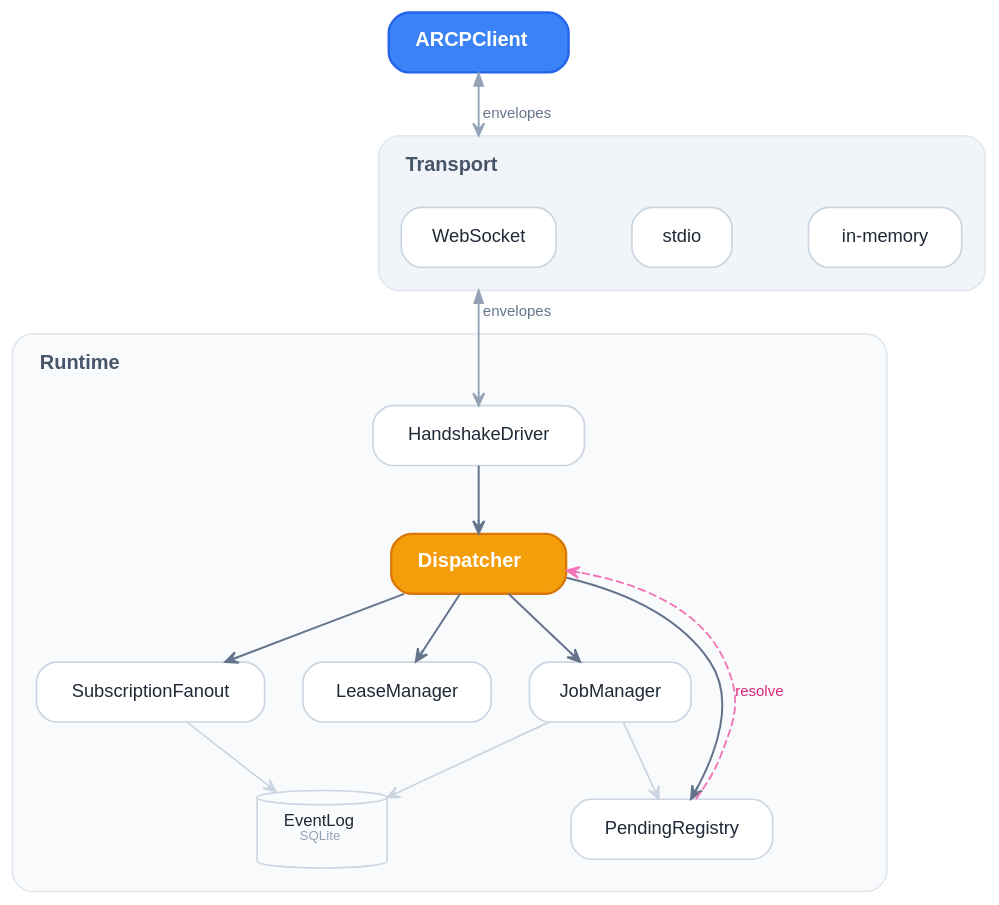
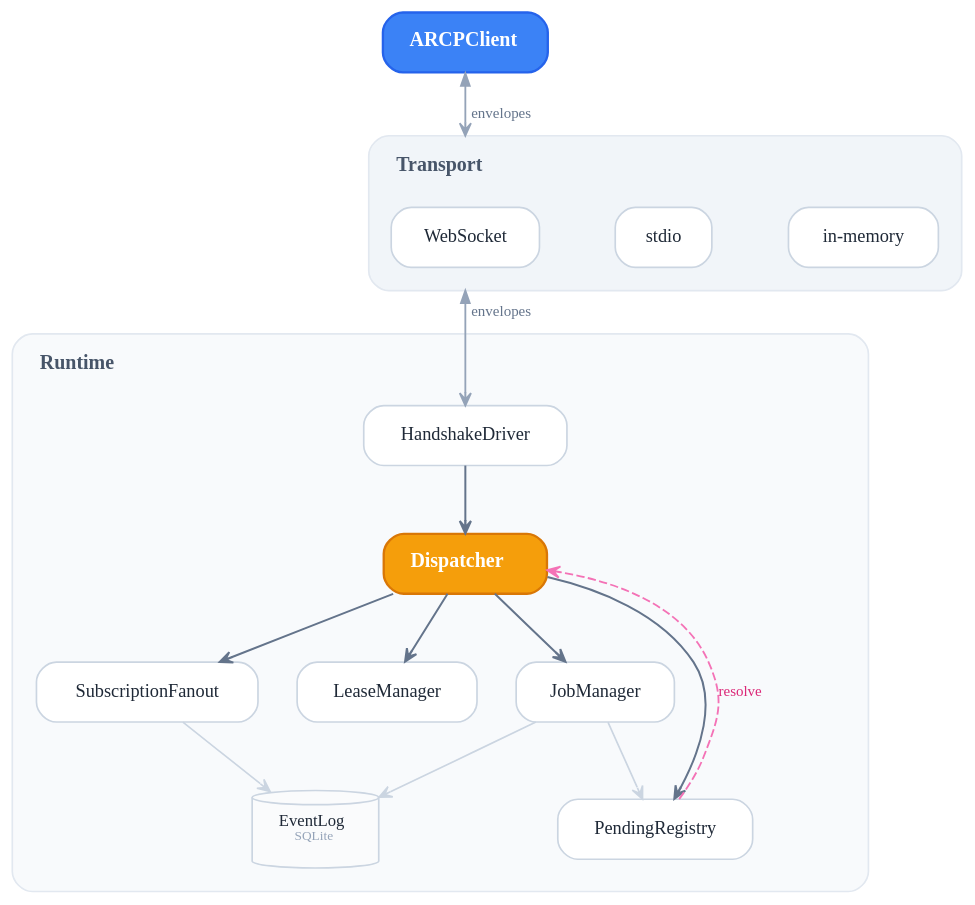
The diagram in docs/diagrams/arch-overview-light.dot (agentruntimecontrolprotocol/python-sdk), drawn with Graphviz before and after one commit. The commit also changed 28 other files, not shown here.

First line of the commit message:
Harmonize Graphviz diagrams with the ARCP design system

```diff
--- a/docs/diagrams/arch-overview-light.dot
+++ b/docs/diagrams/arch-overview-light.dot
@@ -1,108 +1,108 @@
 digraph ArchOverview {
   rankdir=TB;
   bgcolor="transparent";
   compound=true;
-  fontname="Helvetica";
+  fontname="TT Commons Pro Trial";
   splines=spline;
   nodesep=0.32;
   ranksep=0.55;
   pad="0.35,0.25";
 
   node [
     shape=box,
     style="rounded,filled",
     fillcolor="white",
     color="#CBD5E1",
-    fontname="Helvetica",
+    fontname="TT Commons Pro Trial",
     fontsize=11,
     fontcolor="#1F2937",
     margin="0.22,0.11",
     penwidth=1.0
   ];
 
   edge [
-    fontname="Helvetica",
+    fontname="TT Commons Pro Trial",
     fontsize=9,
     fontcolor="#64748B",
     color="#94A3B8",
     penwidth=1.1,
     arrowsize=0.75,
     arrowhead=vee
   ];
 
   Client [
     label=<<FONT POINT-SIZE="12"><B>ARCPClient</B></FONT>>,
     fillcolor="#3B82F6", color="#2563EB",
     fontcolor="white", penwidth=1.4
   ];
 
   subgraph cluster_transport {
     label=<<TABLE BORDER="0" CELLBORDER="0" CELLPADDING="0" CELLSPACING="0"><TR><TD COLSPAN="3" HEIGHT="8"></TD></TR><TR><TD WIDTH="8"></TD><TD><FONT POINT-SIZE="12"><B>Transport</B></FONT></TD><TD WIDTH="8"></TD></TR></TABLE>>;
     style="rounded,filled";
     fillcolor="#F1F5F9";
     color="#E2E8F0";
-    fontname="Helvetica";
+    fontname="TT Commons Pro Trial";
     fontcolor="#475569";
     margin=14;
     labeljust=l;
     penwidth=1.0;
 
     WS    [label="WebSocket"];
     StdIO [label="stdio"];
     InMem [label="in-memory"];
 
     WS -> StdIO -> InMem [style=invis];
     { rank=same; WS; StdIO; InMem; }
   }
 
   subgraph cluster_runtime {
     label=<<TABLE BORDER="0" CELLBORDER="0" CELLPADDING="0" CELLSPACING="0"><TR><TD COLSPAN="3" HEIGHT="8"></TD></TR><TR><TD WIDTH="8"></TD><TD><FONT POINT-SIZE="12"><B>Runtime</B></FONT></TD><TD WIDTH="8"></TD></TR></TABLE>>;
     style="rounded,filled";
     fillcolor="#F8FAFC";
     color="#E2E8F0";
-    fontname="Helvetica";
+    fontname="TT Commons Pro Trial";
     fontcolor="#475569";
     margin=14;
     labeljust=l;
     penwidth=1.0;
 
     Hand [label="HandshakeDriver"];
 
     Disp [
       label=<<FONT POINT-SIZE="12"><B>Dispatcher</B></FONT>>,
       fillcolor="#F59E0B", color="#D97706",
       fontcolor="white", penwidth=1.4
     ];
 
     Jobs    [label="JobManager"];
     Subs    [label="SubscriptionFanout"];
     Leases  [label="LeaseManager"];
     Pending [label="PendingRegistry"];
 
     Log [
       label=<<FONT POINT-SIZE="10">EventLog</FONT><BR/><FONT POINT-SIZE="8" COLOR="#94A3B8">SQLite</FONT>>,
       shape=cylinder, fillcolor="#FAFBFC"
     ];
   }
 
   Client -> WS  [dir=both, label="envelopes", lhead=cluster_transport];
   WS -> Hand    [dir=both, label="envelopes", ltail=cluster_transport];
 
   edge [color="#64748B", penwidth=1.2];
   Hand -> Disp;
   Disp -> Jobs;
   Disp -> Subs;
   Disp -> Leases;
   Disp -> Pending;
 
   edge [color="#CBD5E1", penwidth=1.0];
   Jobs -> Log;
   Subs -> Log;
   Jobs -> Pending;
 
   Pending -> Disp [
     style=dashed, color="#F472B6", penwidth=1.1,
     constraint=false,
     label=<<FONT COLOR="#DB2777">resolve</FONT>>, fontsize=9
   ];
 }
```
